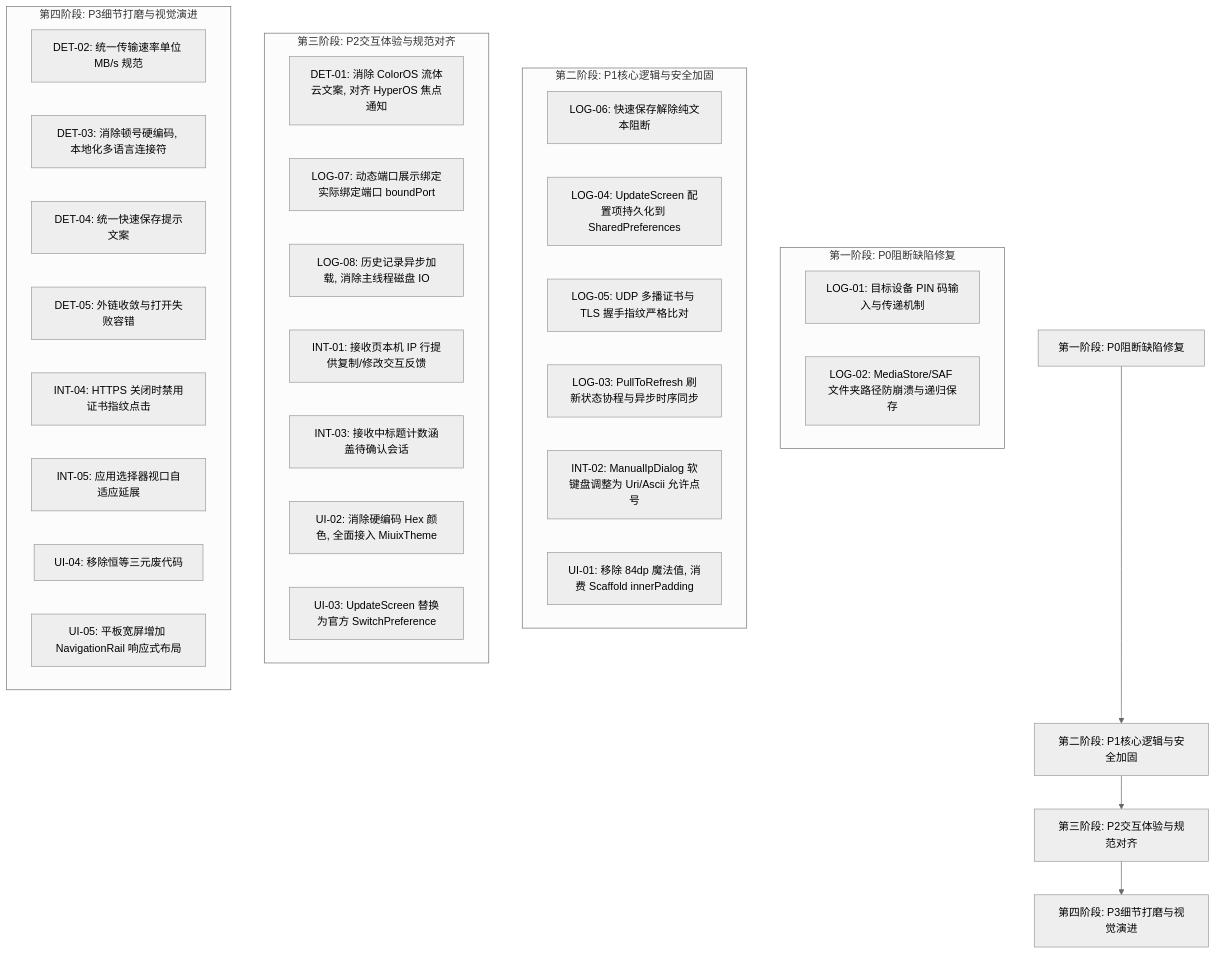
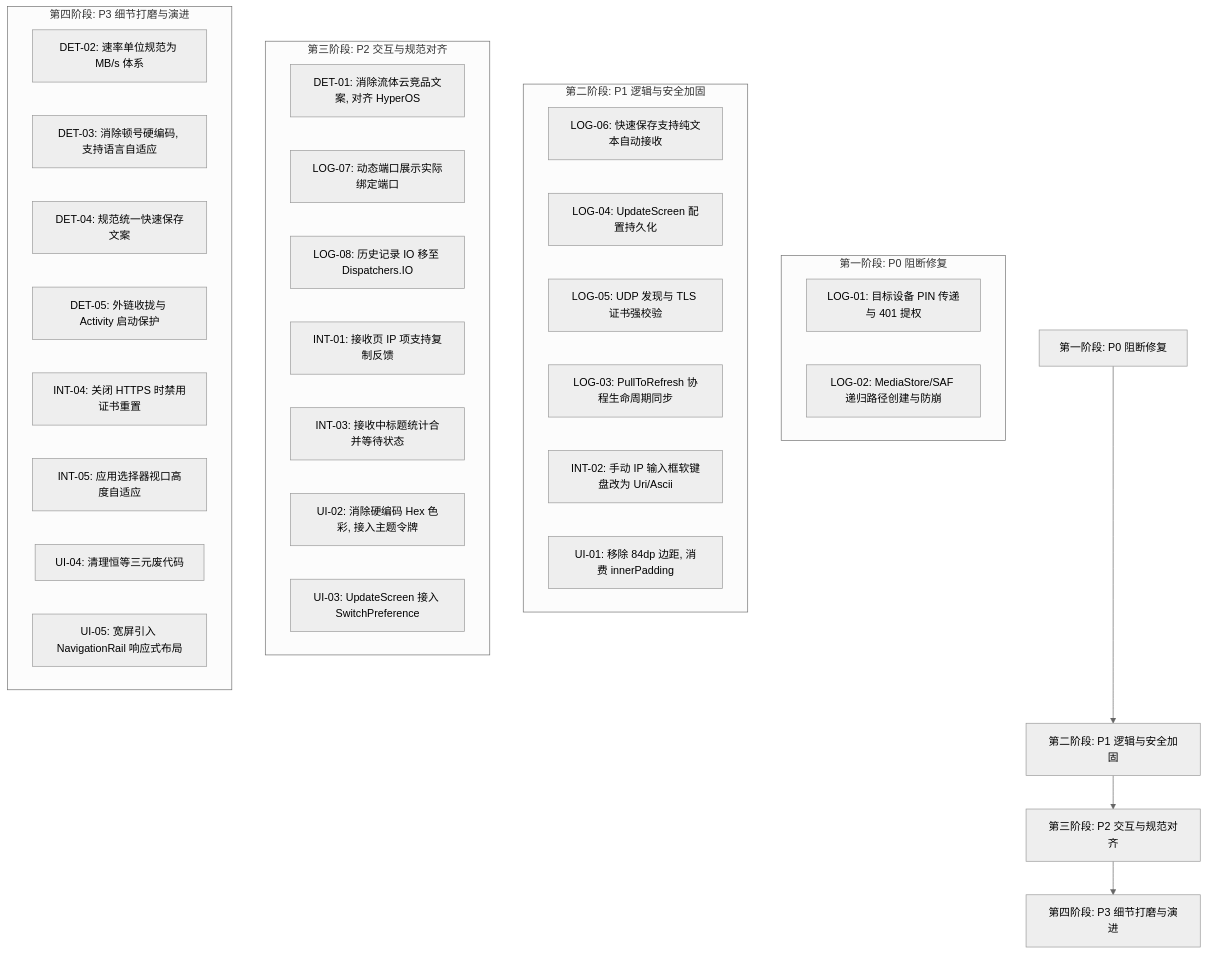
The diagram in docs/research/quality-assessment-report.md (137458/localsend-miuix), drawn with Mermaid (neutral theme) before and after one commit. The commit also changed other lines of this file and 1 other file, not shown here.

````diff
--- a/docs/research/quality-assessment-report.md
+++ b/docs/research/quality-assessment-report.md
@@ -538,41 +105,41 @@
 ```mermaid
 graph TD
-    A[第一阶段: P0阻断缺陷修复] --> B[第二阶段: P1核心逻辑与安全加固]
-    B --> C[第三阶段: P2交互体验与规范对齐]
-    C --> D[第四阶段: P3细节打磨与视觉演进]
+    P0[第一阶段: P0 阻断修复] --> P1[第二阶段: P1 逻辑与安全加固]
+    P1 --> P2[第三阶段: P2 交互与规范对齐]
+    P2 --> P3[第四阶段: P3 细节打磨与演进]
 
-    subgraph 第一阶段: P0阻断缺陷修复
-        A1[LOG-01: 目标设备 PIN 码输入与传递机制]
-        A2[LOG-02: MediaStore/SAF 文件夹路径防崩溃与递归保存]
+    subgraph 第一阶段: P0 阻断修复
+        A1[LOG-01: 目标设备 PIN 传递与 401 提权]
+        A2[LOG-02: MediaStore/SAF 递归路径创建与防崩]
     end
 
-    subgraph 第二阶段: P1核心逻辑与安全加固
-        B1[LOG-06: 快速保存解除纯文本阻断]
-        B2[LOG-04: UpdateScreen 配置项持久化到 SharedPreferences]
-        B3[LOG-05: UDP 多播证书与 TLS 握手指纹严格比对]
-        B4[LOG-03: PullToRefresh 刷新状态协程与异步时序同步]
-        B5[INT-02: ManualIpDialog 软键盘调整为 Uri/Ascii 允许点号]
-        B6[UI-01: 移除 84dp 魔法值, 消费 Scaffold innerPadding]
+    subgraph 第二阶段: P1 逻辑与安全加固
+        B1[LOG-06: 快速保存支持纯文本自动接收]
+        B2[LOG-04: UpdateScreen 配置持久化]
+        B3[LOG-05: UDP 发现与 TLS 证书强校验]
+        B4[LOG-03: PullToRefresh 协程生命周期同步]
+        B5[INT-02: 手动 IP 输入框软键盘改为 Uri/Ascii]
+        B6[UI-01: 移除 84dp 边距, 消费 innerPadding]
     end
 
-    subgraph 第三阶段: P2交互体验与规范对齐
-        C1[DET-01: 消除 ColorOS 流体云文案, 对齐 HyperOS 焦点通知]
-        C2[LOG-07: 动态端口展示绑定实际绑定端口 boundPort]
-        C3[LOG-08: 历史记录异步加载, 消除主线程磁盘 IO]
-        C4[INT-01: 接收页本机 IP 行提供复制/修改交互反馈]
-        C5[INT-03: 接收中标题计数涵盖待确认会话]
-        C6[UI-02: 消除硬编码 Hex 颜色, 全面接入 MiuixTheme]
-        C7[UI-03: UpdateScreen 替换为官方 SwitchPreference]
+    subgraph 第三阶段: P2 交互与规范对齐
+        C1[DET-01: 消除流体云竞品文案, 对齐 HyperOS]
+        C2[LOG-07: 动态端口展示实际绑定端口]
+        C3[LOG-08: 历史记录 IO 移至 Dispatchers.IO]
+        C4[INT-01: 接收页 IP 项支持复制反馈]
+        C5[INT-03: 接收中标题统计合并等待状态]
+        C6[UI-02: 消除硬编码 Hex 色彩, 接入主题令牌]
+        C7[UI-03: UpdateScreen 接入 SwitchPreference]
     end
 
-    subgraph 第四阶段: P3细节打磨与视觉演进
-        D1[DET-02: 统一传输速率单位 MB/s 规范]
-        D2[DET-03: 消除顿号硬编码, 本地化多语言连接符]
-        D3[DET-04: 统一快速保存提示文案]
-        D4[DET-05: 外链收敛与打开失败容错]
-        D5[INT-04: HTTPS 关闭时禁用证书指纹点击]
-        D6[INT-05: 应用选择器视口自适应延展]
-        D7[UI-04: 移除恒等三元废代码]
-        D8[UI-05: 平板宽屏增加 NavigationRail 响应式布局]
+    subgraph 第四阶段: P3 细节打磨与演进
+        D1[DET-02: 速率单位规范为 MB/s 体系]
+        D2[DET-03: 消除顿号硬编码, 支持语言自适应]
+        D3[DET-04: 规范统一快速保存文案]
+        D4[DET-05: 外链收拢与 Activity 启动保护]
+        D5[INT-04: 关闭 HTTPS 时禁用证书重置]
+        D6[INT-05: 应用选择器视口高度自适应]
+        D7[UI-04: 清理恒等三元废代码]
+        D8[UI-05: 宽屏引入 NavigationRail 响应式布局]
     end
 ```
````
